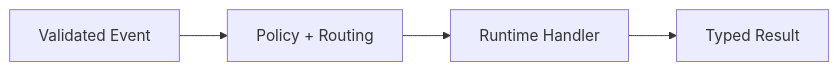
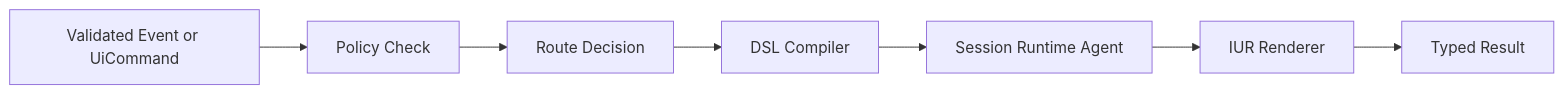
Before and after one commit to pcharbon70/jido_code_ui: the diagram in specs/services/ui_orchestrator_service.md, drawn with Mermaid. The commit also changed other lines of this file and 17 other files, not shown here.

````diff
--- a/specs/services/ui_orchestrator_service.md
+++ b/specs/services/ui_orchestrator_service.md
@@ -13,6 +13,9 @@
 ```mermaid
 flowchart LR
-  A[Validated Event] --> B[Policy + Routing]
-  B --> C[Runtime Handler]
-  C --> D[Typed Result]
+  A[Validated Event or UiCommand] --> B[Policy Check]
+  B --> C[Route Decision]
+  C --> D[DSL Compiler]
+  D --> E[Session Runtime Agent]
+  E --> F[IUR Renderer]
+  F --> G[Typed Result]
 ```
````
